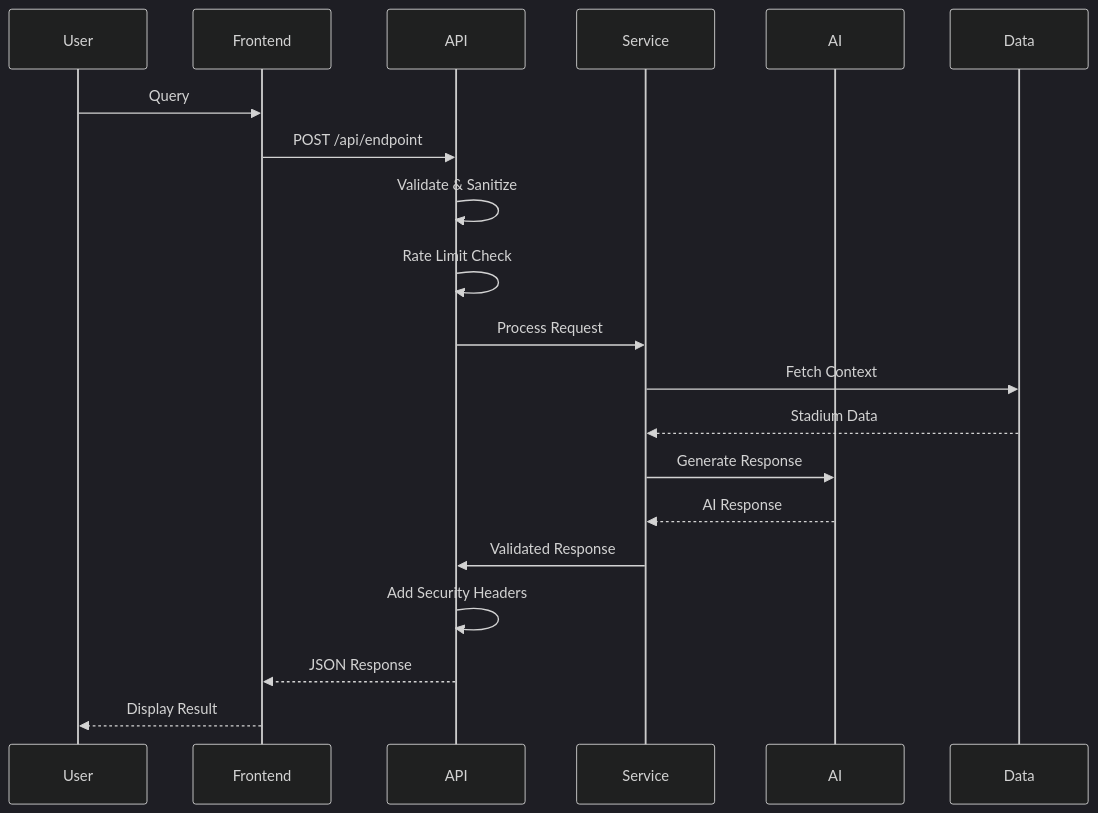
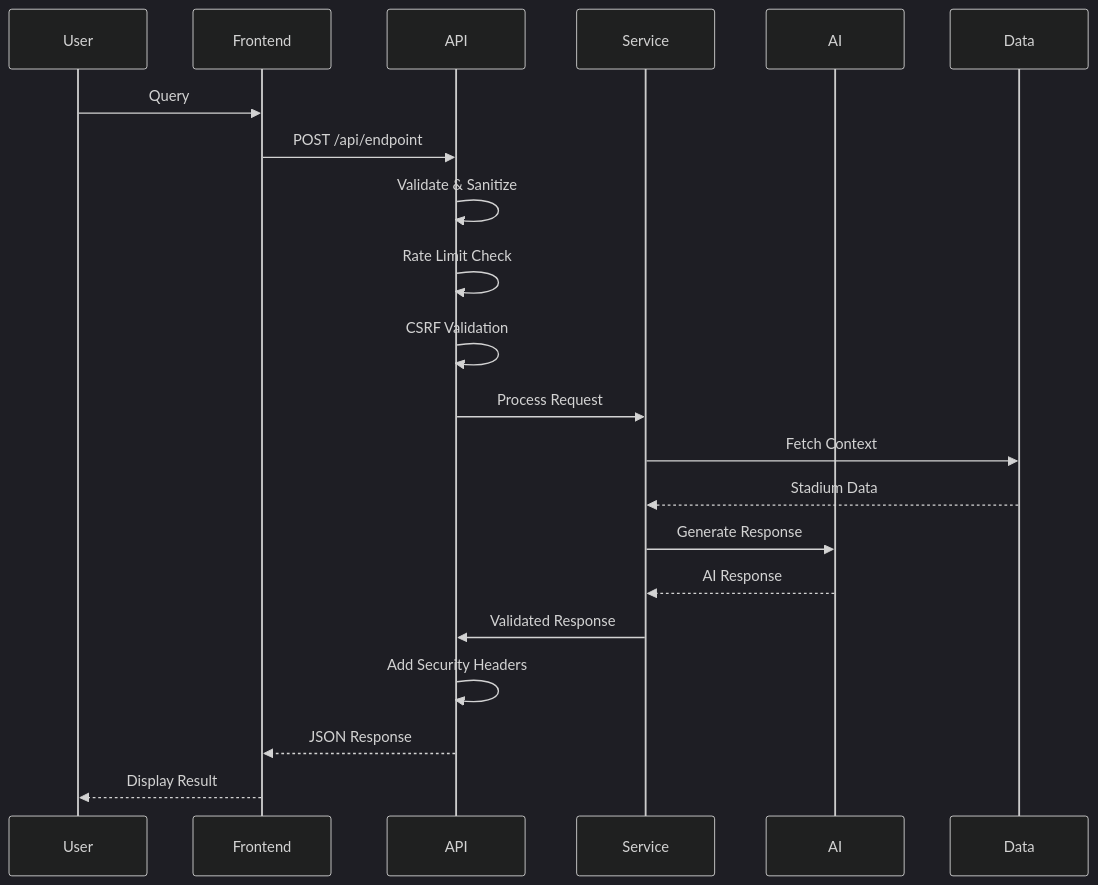
One commit to priyansh-narang2308/stadium-os changed the second of 4 diagrams in README.md. Above: the diagram before and after it, drawn with Mermaid (dark theme). The commit also changed other lines of this file and 20 other files, not shown here.

````diff
--- a/README.md
+++ b/README.md
@@ -70,23 +87,24 @@
 ```mermaid
 sequenceDiagram
     participant User
     participant Frontend
     participant API
     participant Service
     participant AI
     participant Data
     
     User->>Frontend: Query
     Frontend->>API: POST /api/endpoint
     API->>API: Validate & Sanitize
     API->>API: Rate Limit Check
+    API->>API: CSRF Validation
     API->>Service: Process Request
     Service->>Data: Fetch Context
     Data-->>Service: Stadium Data
     Service->>AI: Generate Response
     AI-->>Service: AI Response
     Service->>API: Validated Response
     API->>API: Add Security Headers
     API-->>Frontend: JSON Response
     Frontend-->>User: Display Result
 ```
````
